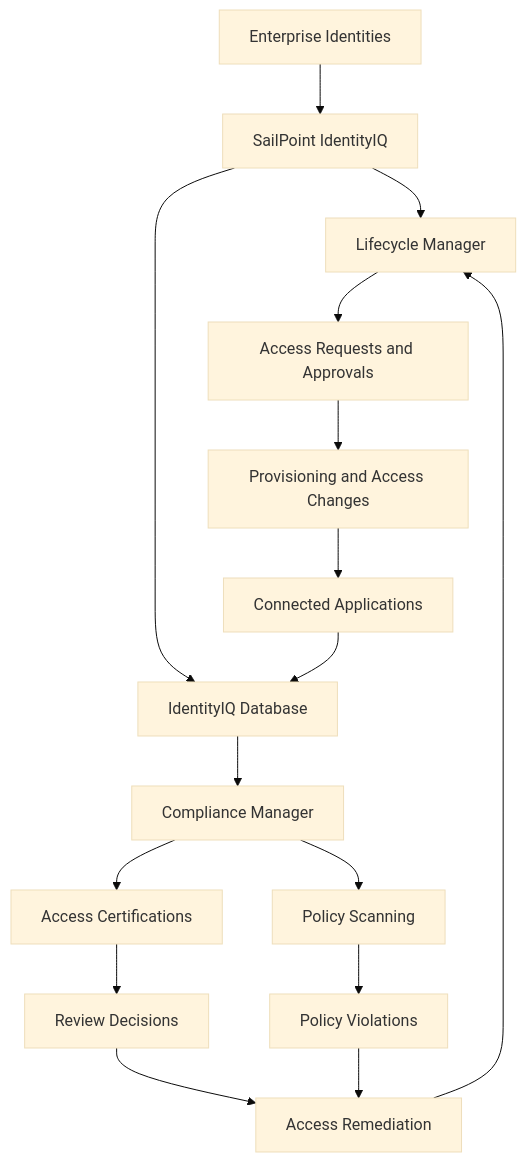
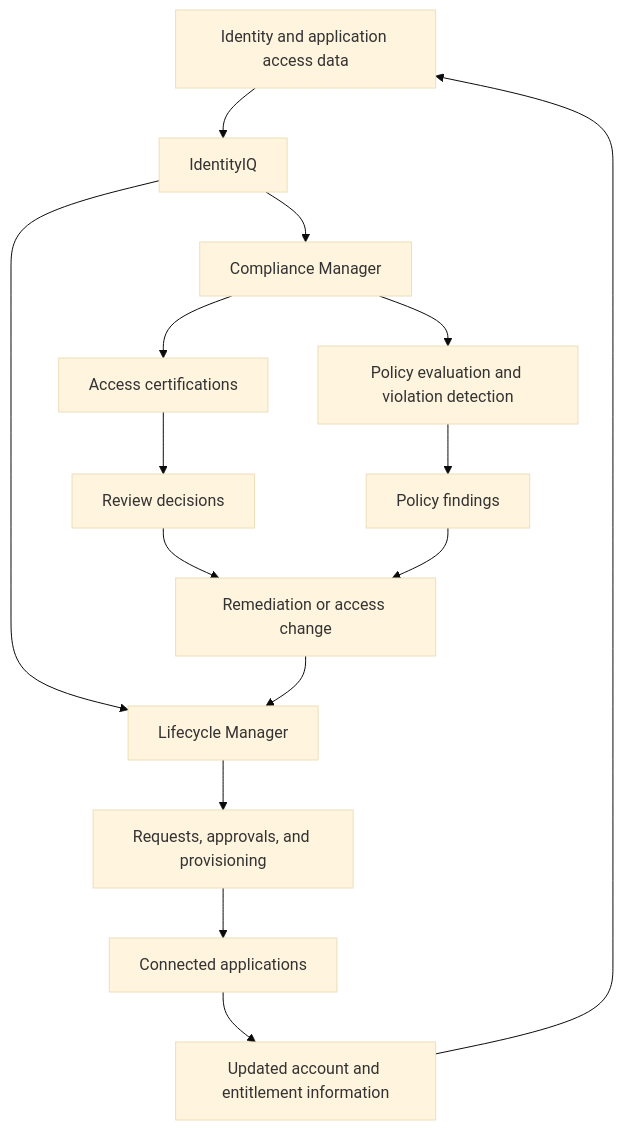
One commit to Alisha-chaudhary/SailPoint-IdentityIQ-Learning changed the second of 2 diagrams in 01-Introduction-to-IdentityIQ.md. Above: the diagram before and after it, drawn with Mermaid (base theme). The commit also changed other lines of this file, not shown here.

````diff
--- a/01-Introduction-to-IdentityIQ.md
+++ b/01-Introduction-to-IdentityIQ.md
@@ -231,18 +562,17 @@
-```mermaid
+``` mermaid
 flowchart TD
-    A["Enterprise Identities"] --> B["SailPoint IdentityIQ"]
+    A["Identity and application access data"] --> B["IdentityIQ"]
     B --> C["Lifecycle Manager"]
-    B --> D["IdentityIQ Database"]
-    C --> E["Access Requests and Approvals"]
-    E --> F["Provisioning and Access Changes"]
-    F --> G["Connected Applications"]
-    G --> D
-    D --> H["Compliance Manager"]
-    H --> I["Access Certifications"]
-    H --> J["Policy Scanning"]
-    I --> K["Review Decisions"]
-    J --> L["Policy Violations"]
-    K --> M["Access Remediation"]
-    L --> M
-    M --> C
+    B --> D["Compliance Manager"]
+    C --> E["Requests, approvals, and provisioning"]
+    E --> F["Connected applications"]
+    F --> G["Updated account and entitlement information"]
+    G --> A
+    D --> H["Access certifications"]
+    D --> I["Policy evaluation and violation detection"]
+    H --> J["Review decisions"]
+    I --> K["Policy findings"]
+    J --> L["Remediation or access change"]
+    K --> L
+    L --> C
 ```
````
